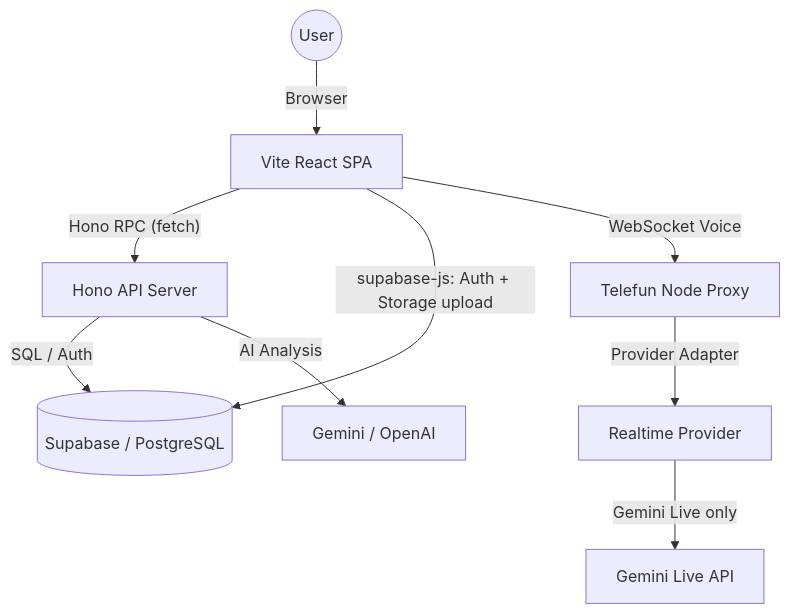
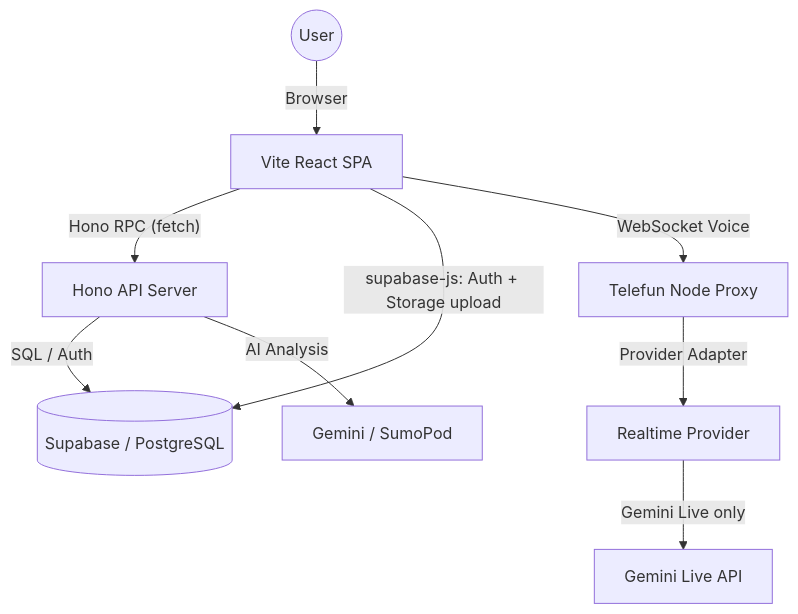
Before and after one commit to trainerkontakojk-gif/trainerssuperappvite: the diagram in docs/architecture.md, drawn with Mermaid. The commit also changed other lines of this file and 14 other files, not shown here.

First line of the commit message:
feat(ai): add SumoPod GPT 6 Luna and DeepSeek V4.1 Flash text models

````diff
--- a/docs/architecture.md
+++ b/docs/architecture.md
@@ -30,11 +30,11 @@
 ```mermaid
 graph TD
     User((User)) -->|Browser| ViteApp[Vite React SPA]
     ViteApp -->|"Hono RPC (fetch)"| HonoAPI[Hono API Server]
     HonoAPI -->|SQL / Auth| Supabase[(Supabase / PostgreSQL)]
     ViteApp -->|"supabase-js: Auth + Storage upload"| Supabase
     ViteApp -->|WebSocket Voice| TelefunProxy[Telefun Node Proxy]
     TelefunProxy -->|Provider Adapter| RealtimeProvider[Realtime Provider]
     RealtimeProvider -->|Gemini Live only| GeminiLive[Gemini Live API]
-    HonoAPI -->|AI Analysis| AIProviders[Gemini / OpenAI]
+    HonoAPI -->|AI Analysis| AIProviders[Gemini / SumoPod]
 ```
````
